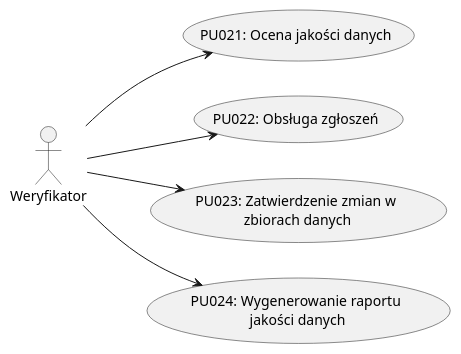
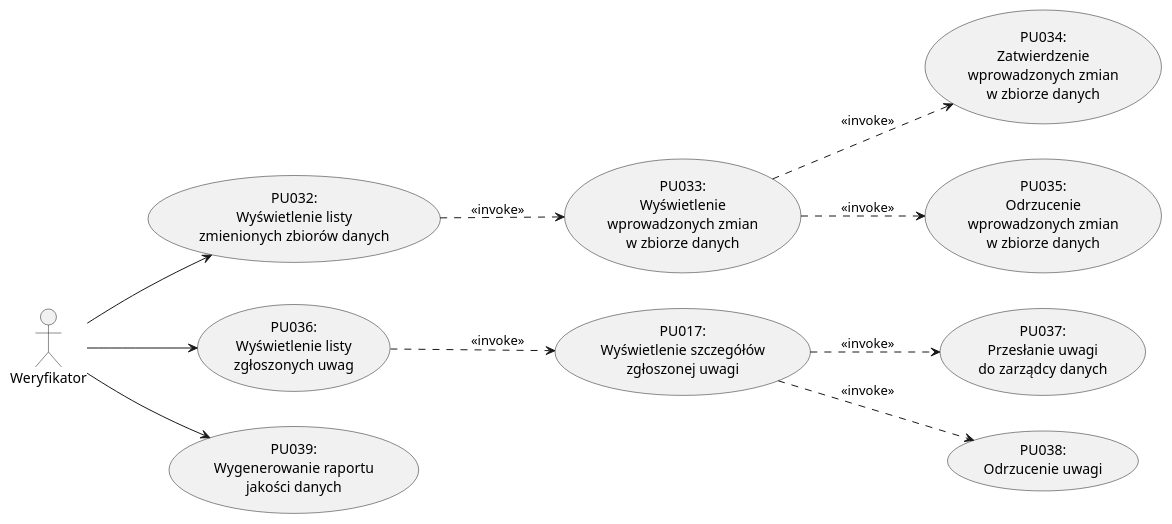
Before and after one commit to kokolodziejska/IWO: diagram 12 of 13 in dokumentacja.md, drawn with PlantUML. The commit also changed other lines of this file and 2 other files, not shown here.

````diff
--- a/dokumentacja.md
+++ b/dokumentacja.md
@@ -1475,18 +1506,32 @@
   ```puml
   @startuml Weryfikator
   left to right direction
 
   actor "Weryfikator" as Verifier
 
-  usecase "PU021: Ocena jakości danych" as UC1
-  usecase "PU022: Obsługa zgłoszeń" as UC2
-  usecase "PU023: Zatwierdzenie zmian w\n zbiorach danych" as UC3
-  usecase "PU024: Wygenerowanie raportu\n jakości danych" as UC4
+  usecase "PU032:\nWyświetlenie listy\nzmienionych zbiorów danych" as PU032
+  usecase "PU033:\nWyświetlenie\nwprowadzonych zmian\nw zbiorze danych" as PU033
+  usecase "PU034:\nZatwierdzenie\nwprowadzonych zmian\nw zbiorze danych" as PU034
+  usecase "PU035:\nOdrzucenie\nwprowadzonych zmian\nw zbiorze danych" as PU035
 
-  Verifier --> UC1
-  Verifier --> UC2
-  Verifier --> UC3
-  Verifier --> UC4
+  usecase "PU036:\nWyświetlenie listy\nzgłoszonych uwag" as PU036
+  usecase "PU017:\nWyświetlenie szczegółów\nzgłoszonej uwagi" as PU017
+  usecase "PU037:\nPrzesłanie uwagi\ndo zarządcy danych" as PU037
+  usecase "PU038:\nOdrzucenie uwagi" as PU038
+
+  usecase "PU039:\nWygenerowanie raportu\njakości danych" as PU039
+
+  Verifier --> PU032
+  Verifier --> PU036
+  Verifier --> PU039
+
+  PU032 ..> PU033 : <<invoke>>
+  PU033 ..> PU034 : <<invoke>>
+  PU033 ..> PU035 : <<invoke>>
+
+  PU036 ..> PU017 : <<invoke>>
+  PU017 ..> PU037 : <<invoke>>
+  PU017 ..> PU038 : <<invoke>>
 
   @enduml
   ```
````
